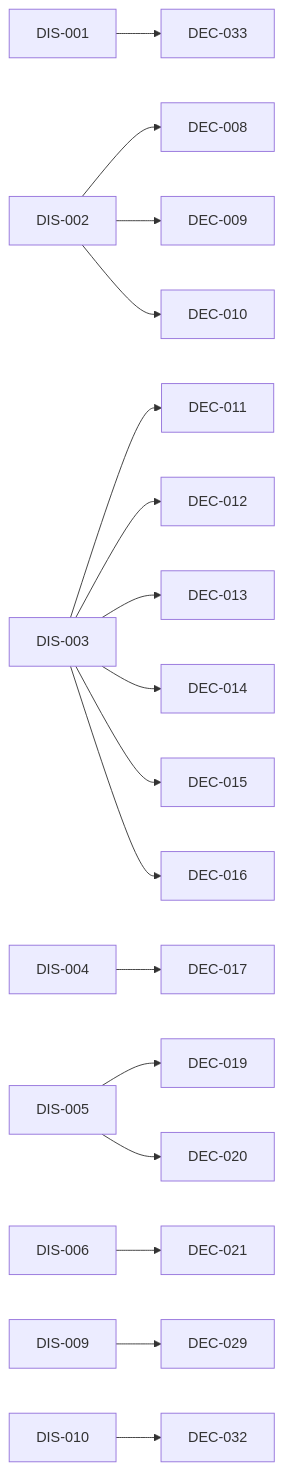
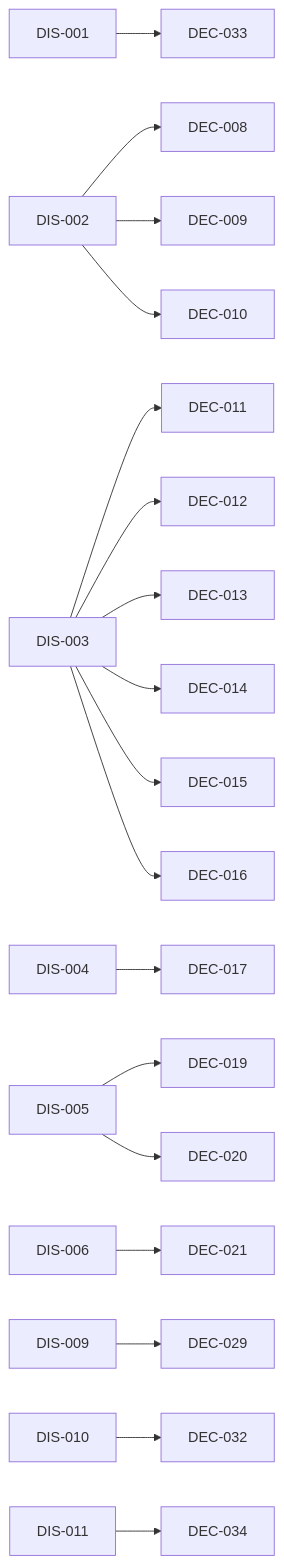
The diagram in INDEX.md (amartis/sonoai_research_notes), drawn with Mermaid before and after one commit. The commit also changed other lines of this file and 2 other files, not shown here.

First line of the commit message:
DEC-034: organ layer of disease tasks uses organ polygons only (accepted)

````diff
--- a/INDEX.md
+++ b/INDEX.md
@@ -63,19 +64,20 @@
 ```mermaid
 flowchart LR
   DIS_001[DIS-001] --> DEC_033[DEC-033]
   DIS_002[DIS-002] --> DEC_008[DEC-008]
   DIS_002[DIS-002] --> DEC_009[DEC-009]
   DIS_002[DIS-002] --> DEC_010[DEC-010]
   DIS_003[DIS-003] --> DEC_011[DEC-011]
   DIS_003[DIS-003] --> DEC_012[DEC-012]
   DIS_003[DIS-003] --> DEC_013[DEC-013]
   DIS_003[DIS-003] --> DEC_014[DEC-014]
   DIS_003[DIS-003] --> DEC_015[DEC-015]
   DIS_003[DIS-003] --> DEC_016[DEC-016]
   DIS_004[DIS-004] --> DEC_017[DEC-017]
   DIS_005[DIS-005] --> DEC_019[DEC-019]
   DIS_005[DIS-005] --> DEC_020[DEC-020]
   DIS_006[DIS-006] --> DEC_021[DEC-021]
   DIS_009[DIS-009] --> DEC_029[DEC-029]
   DIS_010[DIS-010] --> DEC_032[DEC-032]
+  DIS_011[DIS-011] --> DEC_034[DEC-034]
 ```
````
